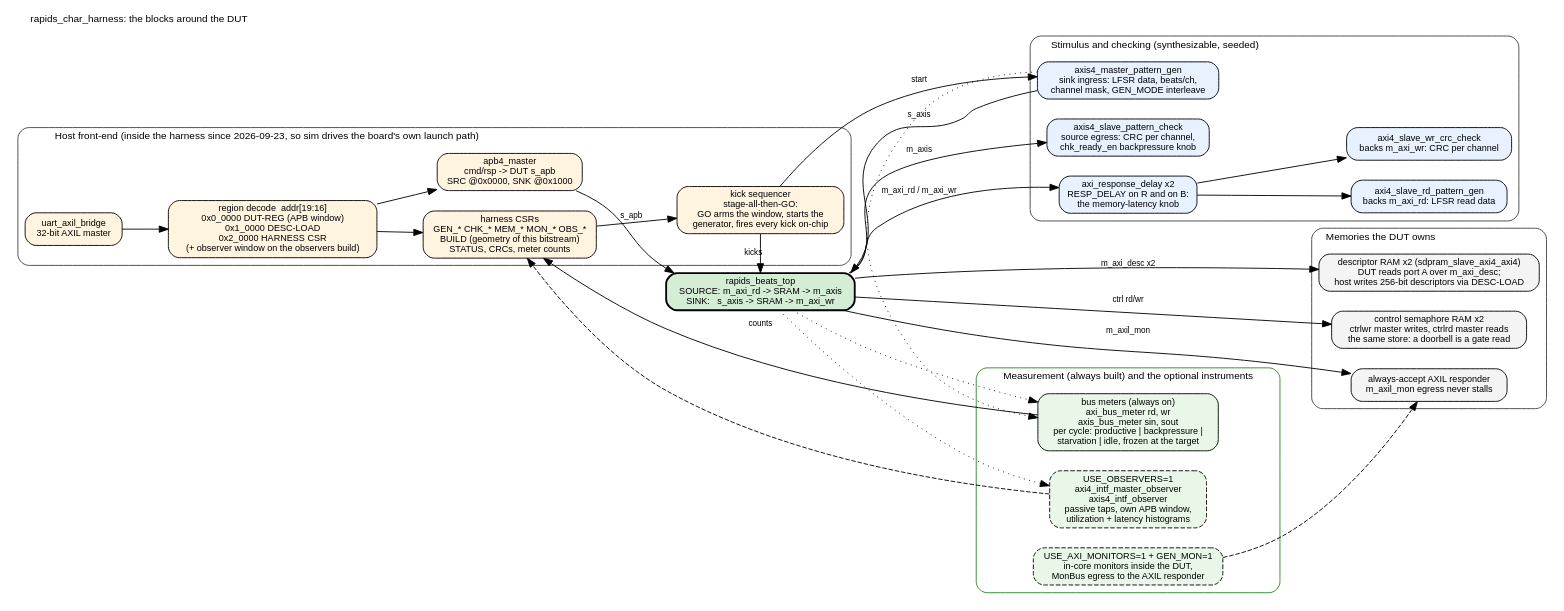
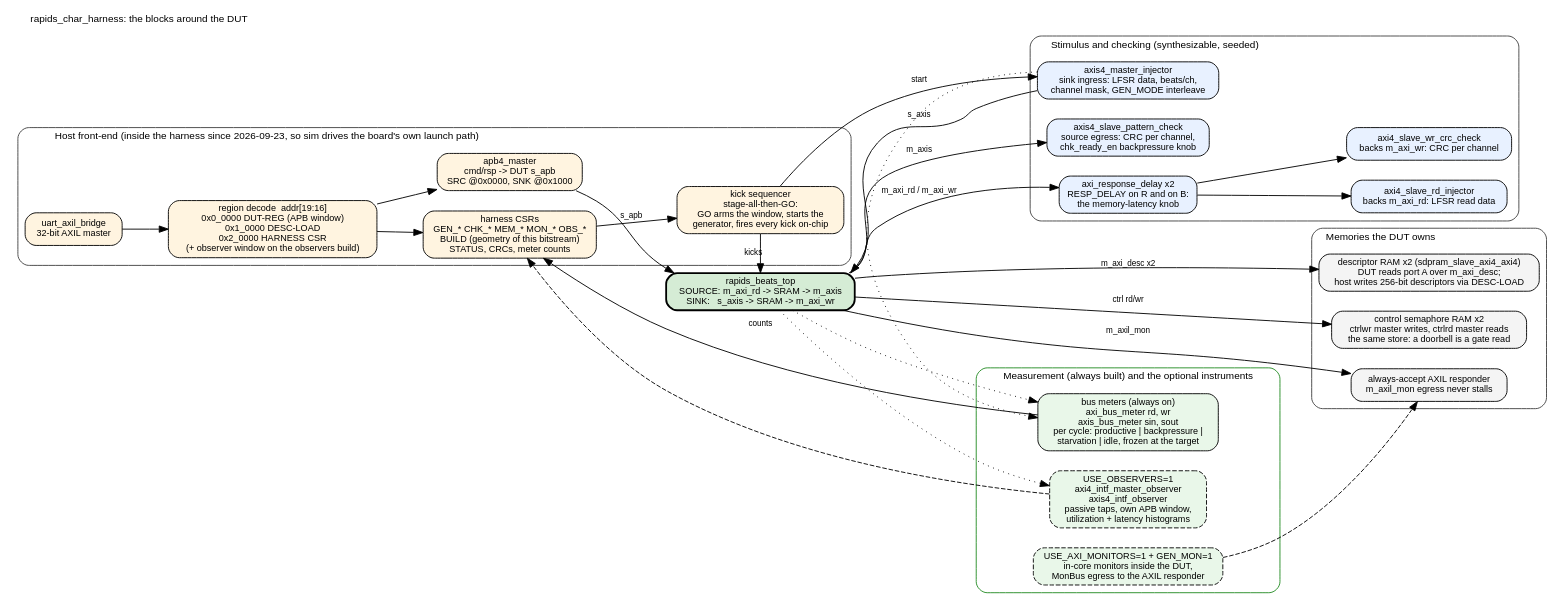
One commit to sean-galloway/RTLDesignSherpa changed the diagram in projects/fpga-systems/Genesys2/dma-ip/rapids_beats/docs/rapids_fpga_system/assets/graphviz/02_harness_blocks.dot. Above: the diagram before and after it, drawn with Graphviz. The commit also changed 105 other files, not shown here.

First line of the commit message:
refactor(amba): rename characterization *pattern_gen blocks to *injector

```diff
--- a/projects/fpga-systems/Genesys2/dma-ip/rapids_beats/docs/rapids_fpga_system/assets/graphviz/02_harness_blocks.dot
+++ b/projects/fpga-systems/Genesys2/dma-ip/rapids_beats/docs/rapids_fpga_system/assets/graphviz/02_harness_blocks.dot
@@ -1,57 +1,57 @@
 // rapids_char_harness: every block around the DUT and what it does for the measurement.
 digraph harness_blocks {
     graph [rankdir=LR, fontname="Helvetica", fontsize=11, nodesep=0.3, ranksep=0.7,
            label="rapids_char_harness: the blocks around the DUT", labelloc=t, labeljust=l];
     node  [fontname="Helvetica", fontsize=10, shape=box, style="rounded,filled", fillcolor="#f4f4f4"];
     edge  [fontname="Helvetica", fontsize=9];
 
     subgraph cluster_front {
         label="Host front-end (inside the harness since 2026-09-23, so sim drives the board's own launch path)";
         style="rounded"; color="#404040";
         uart [label="uart_axil_bridge\n32-bit AXIL master", fillcolor="#fff4e0"];
         decode [label="region decode  addr[19:16]\n0x0_0000 DUT-REG (APB window)\n0x1_0000 DESC-LOAD\n0x2_0000 HARNESS CSR\n(+ observer window on the observers build)", fillcolor="#fff4e0"];
         apbm [label="apb4_master\ncmd/rsp -> DUT s_apb\nSRC @0x0000, SNK @0x1000", fillcolor="#fff4e0"];
         csr [label="harness CSRs\nGEN_* CHK_* MEM_* MON_* OBS_*\nBUILD (geometry of this bitstream)\nSTATUS, CRCs, meter counts", fillcolor="#fff4e0"];
         kick [label="kick sequencer\nstage-all-then-GO:\nGO arms the window, starts the\ngenerator, fires every kick on-chip", fillcolor="#fff4e0"];
         uart -> decode; decode -> apbm; decode -> csr; csr -> kick;
     }
 
     subgraph cluster_stim {
         label="Stimulus and checking (synthesizable, seeded)"; style="rounded"; color="#404040";
-        gen  [label="axis4_master_pattern_gen\nsink ingress: LFSR data, beats/ch,\nchannel mask, GEN_MODE interleave", fillcolor="#e8f1ff"];
+        gen  [label="axis4_master_injector\nsink ingress: LFSR data, beats/ch,\nchannel mask, GEN_MODE interleave", fillcolor="#e8f1ff"];
         chk  [label="axis4_slave_pattern_check\nsource egress: CRC per channel,\nchk_ready_en backpressure knob", fillcolor="#e8f1ff"];
-        rdgen [label="axi4_slave_rd_pattern_gen\nbacks m_axi_rd: LFSR read data", fillcolor="#e8f1ff"];
+        rdgen [label="axi4_slave_rd_injector\nbacks m_axi_rd: LFSR read data", fillcolor="#e8f1ff"];
         wrcrc [label="axi4_slave_wr_crc_check\nbacks m_axi_wr: CRC per channel", fillcolor="#e8f1ff"];
         dly  [label="axi_response_delay x2\nRESP_DELAY on R and on B:\nthe memory-latency knob", fillcolor="#e8f1ff"];
     }
 
     subgraph cluster_mem {
         label="Memories the DUT owns"; style="rounded"; color="#404040";
         descram [label="descriptor RAM x2 (sdpram_slave_axi4_axi4)\nDUT reads port A over m_axi_desc;\nhost writes 256-bit descriptors via DESC-LOAD", fillcolor="#f4f4f4"];
         ctrlram [label="control semaphore RAM x2\nctrlwr master writes, ctrlrd master reads\nthe same store: a doorbell is a gate read", fillcolor="#f4f4f4"];
         monresp [label="always-accept AXIL responder\nm_axil_mon egress never stalls", fillcolor="#f4f4f4"];
     }
 
     dut [label="rapids_beats_top\nSOURCE: m_axi_rd -> SRAM -> m_axis\nSINK:   s_axis -> SRAM -> m_axi_wr", fillcolor="#d5ecd5", penwidth=2];
 
     subgraph cluster_meas {
         label="Measurement (always built) and the optional instruments"; style="rounded"; color="#228B22";
         meters [label="bus meters (always on)\naxi_bus_meter rd, wr\naxis_bus_meter sin, sout\nper cycle: productive | backpressure |\nstarvation | idle, frozen at the target", fillcolor="#e9f7e9"];
         obs [label="USE_OBSERVERS=1\naxi4_intf_master_observer\naxis4_intf_observer\npassive taps, own APB window,\nutilization + latency histograms", fillcolor="#e9f7e9", style="rounded,filled,dashed"];
         mon [label="USE_AXI_MONITORS=1 + GEN_MON=1\nin-core monitors inside the DUT,\nMonBus egress to the AXIL responder", fillcolor="#e9f7e9", style="rounded,filled,dashed"];
     }
 
     apbm -> dut [label="s_apb"];
     kick -> dut [label="kicks"];
     kick -> gen [label="start"];
     gen -> dut [label="s_axis"];
     dut -> chk [label="m_axis"];
     dut -> dly [label="m_axi_rd / m_axi_wr"];
     dly -> rdgen; dly -> wrcrc;
     dut -> descram [label="m_axi_desc x2"];
     dut -> ctrlram [label="ctrl rd/wr"];
     dut -> monresp [label="m_axil_mon"];
     meters -> csr [label="counts"];
     gen -> meters [style=dotted]; dut -> meters [style=dotted];
     obs -> csr [style=dashed]; dut -> obs [style=dotted]; mon -> monresp [style=dashed];
 }
```
